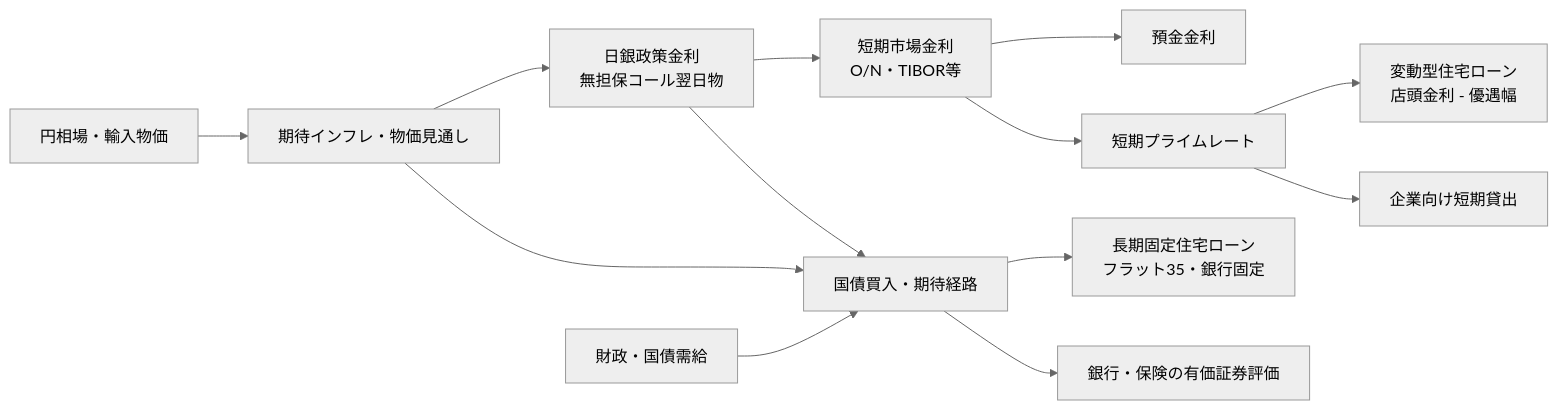
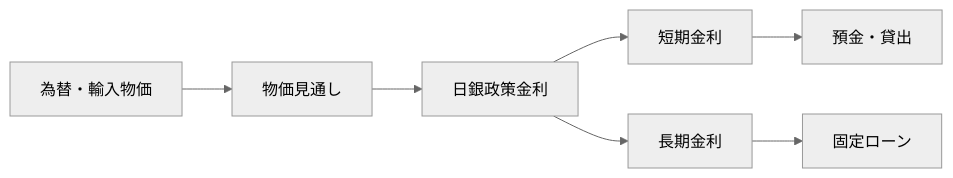
Before and after one commit to daylight55/research: the first of 2 diagrams in src/content/blog/japan-interest-rate-policy.mdx, drawn with Mermaid (neutral theme). The commit also changed other lines of this file and 20 other files, not shown here.

Commit message:
Mermaid図の表示サイズを調整

````diff
--- a/src/content/blog/japan-interest-rate-policy.mdx
+++ b/src/content/blog/japan-interest-rate-policy.mdx
@@ -35,15 +35,9 @@
 ```mermaid
 flowchart LR
-  BOJ["日銀政策金利<br/>無担保コール翌日物"] --> Short["短期市場金利<br/>O/N・TIBOR等"]
-  Short --> Deposit["預金金利"]
-  Short --> Prime["短期プライムレート"]
-  Prime --> VariableMortgage["変動型住宅ローン<br/>店頭金利 - 優遇幅"]
-  Prime --> CorpLoan["企業向け短期貸出"]
-  BOJ --> JGB["国債買入・期待経路"]
-  Inflation["期待インフレ・物価見通し"] --> JGB
-  Fiscal["財政・国債需給"] --> JGB
-  JGB --> FixedMortgage["長期固定住宅ローン<br/>フラット35・銀行固定"]
-  JGB --> BankBS["銀行・保険の有価証券評価"]
-  FX["円相場・輸入物価"] --> Inflation
-  Inflation --> BOJ
+  BOJ["日銀政策金利"] --> Short["短期金利"]
+  Short --> Loan["預金・貸出"]
+  BOJ --> JGB["長期金利"]
+  JGB --> Fixed["固定ローン"]
+  FX["為替・輸入物価"] --> Inf["物価見通し"]
+  Inf --> BOJ
 ```
````
